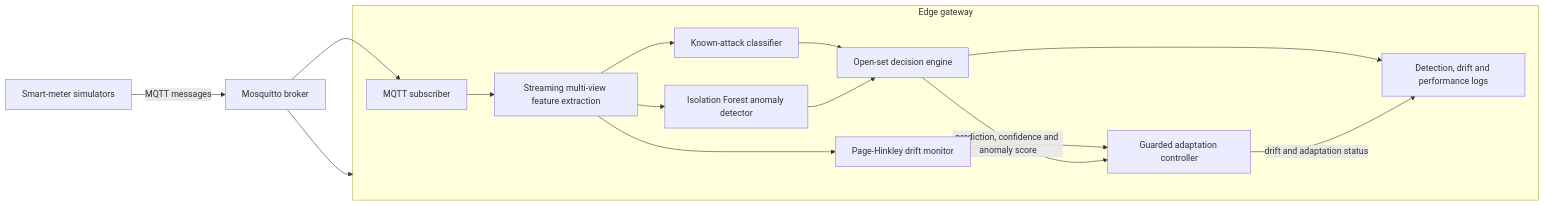
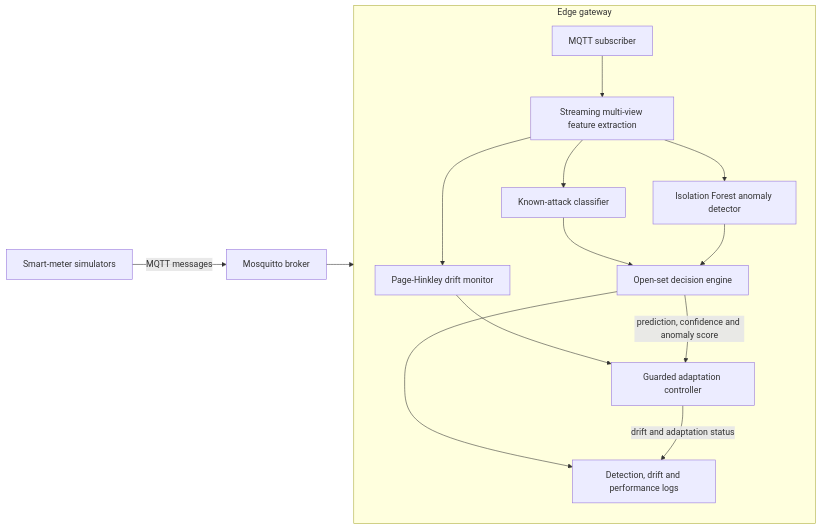
One commit to pengbo960/Smartgrid-fdi-edge changed the diagram in README.md. Above: the diagram before and after it, drawn with Mermaid.

````diff
--- a/README.md
+++ b/README.md
@@ -31,32 +31,31 @@
 ```mermaid
 flowchart LR
     S["Smart-meter simulators"] -->|"MQTT messages"| B["Mosquitto broker"]
     B --> G["Edge gateway"]
 
     subgraph G["Edge gateway"]
         C["MQTT subscriber"]
         F["Streaming multi-view feature extraction"]
         K["Known-attack classifier"]
         O["Isolation Forest anomaly detector"]
         E["Open-set decision engine"]
         D["Page-Hinkley drift monitor"]
         A["Guarded adaptation controller"]
         L["Detection, drift and performance logs"]
 
         C --> F
         F --> K
         F --> O
         F --> D
 
         K --> E
         O --> E
 
         D --> A
         E -->|"prediction, confidence and anomaly score"| A
 
         E --> L
         A -->|"drift and adaptation status"| L
     end
 
-    B --> C
 ```
````
